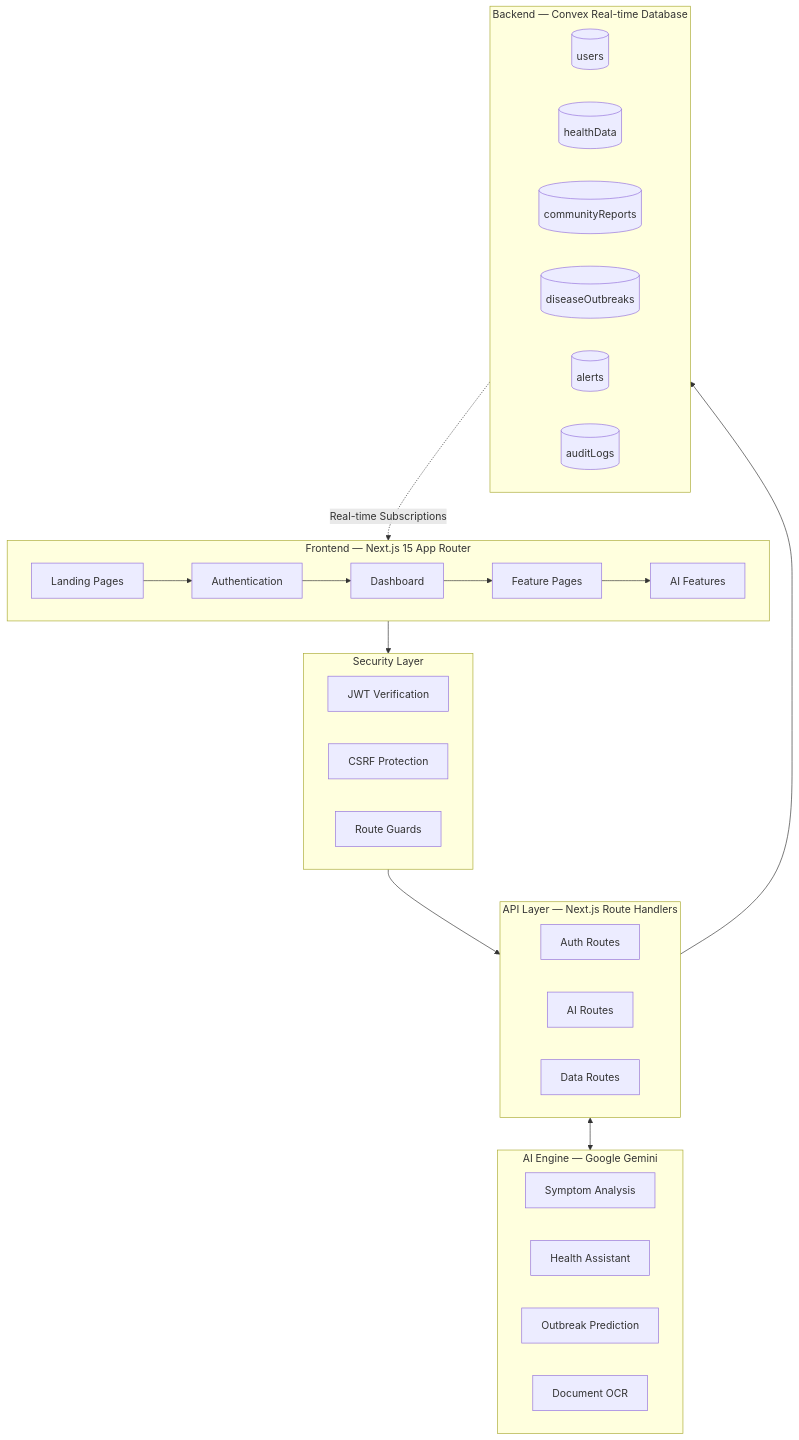
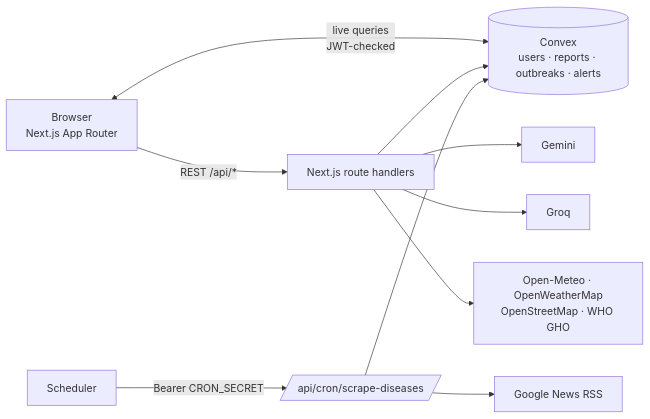
One commit to ArrinPaul/HealthNex changed the diagram in README.md. Above: the diagram before and after it, drawn with Mermaid. The commit also changed other lines of this file and 2 other files, not shown here.

````diff
--- a/README.md
+++ b/README.md
@@ -46,43 +95,12 @@
 ```mermaid
-graph TB
-    subgraph CLIENT["Frontend — Next.js 15 App Router"]
-        A[Landing Pages] --> B[Authentication]
-        B --> C[Dashboard]
-        C --> D[Feature Pages]
-        D --> E[AI Features]
-    end
-
-    subgraph MIDDLEWARE["Security Layer"]
-        F[JWT Verification]
-        G[CSRF Protection]
-        H[Route Guards]
-    end
-
-    subgraph API["API Layer — Next.js Route Handlers"]
-        I[Auth Routes]
-        J[AI Routes]
-        K[Data Routes]
-    end
-
-    subgraph BACKEND["Backend — Convex Real-time Database"]
-        L[(users)]
-        M[(healthData)]
-        N[(communityReports)]
-        O[(diseaseOutbreaks)]
-        P[(alerts)]
-        Q[(auditLogs)]
-    end
-
-    subgraph AI["AI Engine — Google Gemini"]
-        R[Symptom Analysis]
-        S[Health Assistant]
-        T[Outbreak Prediction]
-        U[Document OCR]
-    end
-
-    CLIENT --> MIDDLEWARE
-    MIDDLEWARE --> API
-    API --> BACKEND
-    API <--> AI
-    BACKEND -.->|Real-time Subscriptions| CLIENT
+flowchart LR
+    B[Browser<br/>Next.js App Router] -->|REST /api/*| API[Next.js route handlers]
+    B <-->|live queries<br/>JWT-checked| CX[(Convex<br/>users · reports · outbreaks · alerts)]
+    API --> CX
+    API --> GM[Gemini]
+    API --> GQ[Groq]
+    API --> EXT[Open-Meteo · OpenWeatherMap<br/>OpenStreetMap · WHO GHO]
+    CRON[Scheduler] -->|Bearer CRON_SECRET| SC[/api/cron/scrape-diseases/]
+    SC --> NEWS[Google News RSS]
+    SC --> CX
 ```
````
